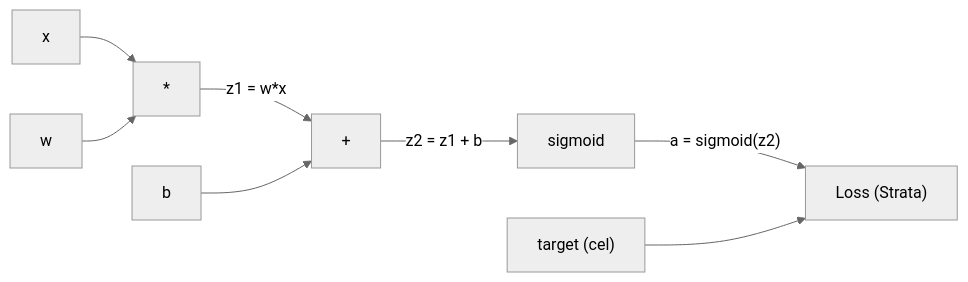
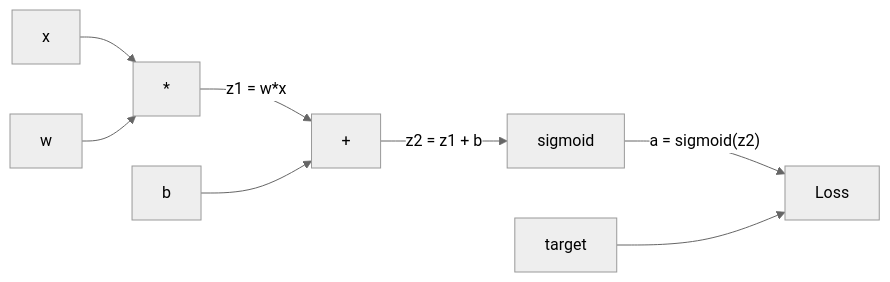
One commit to tarze07/LLM_Traning changed the first of 3 diagrams in phases/03-deep-learning-core/03-backpropagation/docs/pl.md. Above: the diagram before and after it, drawn with Mermaid (neutral theme). The commit also changed other lines of this file, not shown here.

````diff
--- a/phases/03-deep-learning-core/03-backpropagation/docs/pl.md
+++ b/phases/03-deep-learning-core/03-backpropagation/docs/pl.md
@@ -37,10 +37,10 @@
 ```mermaid
 graph LR
     x["x"] --> mul["*"]
     w["w"] --> mul
     mul -- "z1 = w*x" --> add["+"]
     b["b"] --> add
     add -- "z2 = z1 + b" --> sig["sigmoid"]
-    sig -- "a = sigmoid(z2)" --> loss["Loss (Strata)"]
-    y["target (cel)"] --> loss
+    sig -- "a = sigmoid(z2)" --> loss["Loss"]
+    y["target"] --> loss
 ```
````
